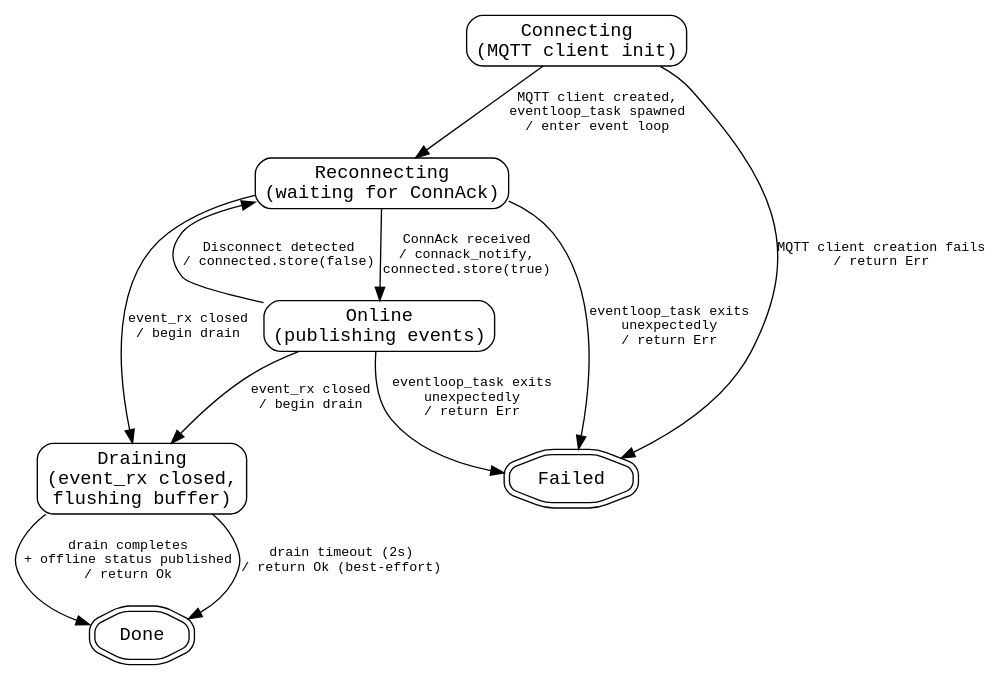
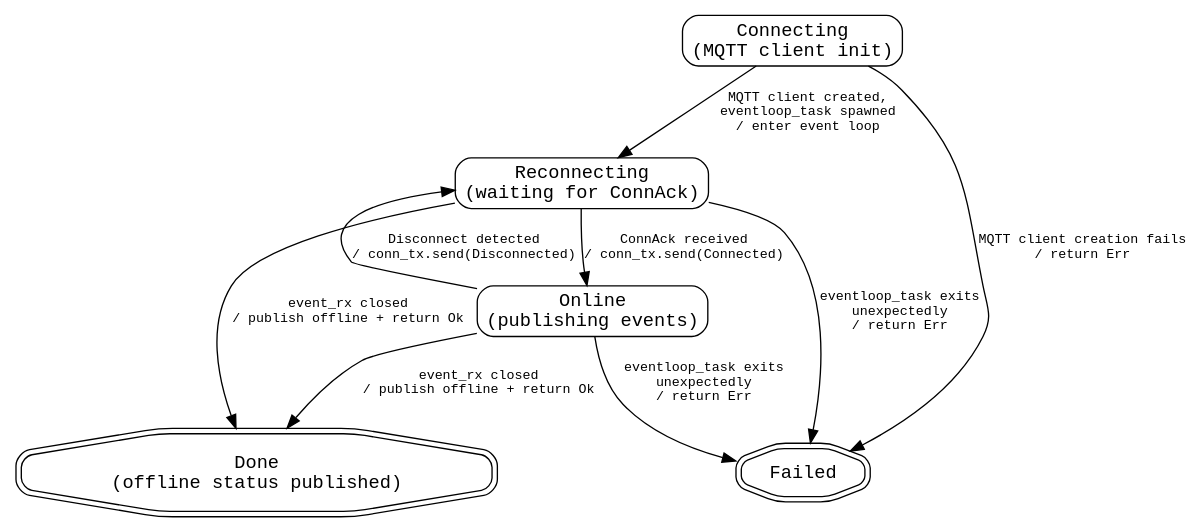
One commit to w-pinkietech/iotkit changed the first of 4 diagrams in docs/superpowers/specs/2026-03-29-phase1a-adapter-standalone-design.md. Above: the diagram before and after it, drawn with Graphviz. The commit also changed other lines of this file, not shown here.

First line of the commit message:
docs: fundamental simplification of Phase 1A spec — remove outbound buffer

````diff
--- a/docs/superpowers/specs/2026-03-29-phase1a-adapter-standalone-design.md
+++ b/docs/superpowers/specs/2026-03-29-phase1a-adapter-standalone-design.md
@@ -695,28 +720,26 @@
 ```dot
 digraph runner_states {
     rankdir=TB;
     node [shape=box, style=rounded, fontname="monospace"];
     edge [fontname="monospace", fontsize=10];
 
     Connecting [label="Connecting\n(MQTT client init)"];
     Reconnecting [label="Reconnecting\n(waiting for ConnAck)"];
     Online [label="Online\n(publishing events)"];
-    Draining [label="Draining\n(event_rx closed,\nflushing buffer)"];
     Done [label="Done", shape=doubleoctagon];
     Failed [label="Failed", shape=doubleoctagon];
 
     Connecting -> Reconnecting [label="MQTT client created,\neventloop_task spawned\n/ enter event loop"];
     Connecting -> Failed [label="MQTT client creation fails\n/ return Err"];
 
-    Reconnecting -> Online [label="ConnAck received\n/ connack_notify,\nconnected.store(true)"];
-    Reconnecting -> Draining [label="event_rx closed\n/ begin drain"];
+    Reconnecting -> Online [label="ConnAck received\n/ conn_tx.send(Connected)"];
+    Reconnecting -> Done [label="event_rx closed\n/ publish offline + return Ok"];
     Reconnecting -> Failed [label="eventloop_task exits\nunexpectedly\n/ return Err"];
 
-    Online -> Reconnecting [label="Disconnect detected\n/ connected.store(false)"];
-    Online -> Draining [label="event_rx closed\n/ begin drain"];
+    Online -> Reconnecting [label="Disconnect detected\n/ conn_tx.send(Disconnected)"];
+    Online -> Done [label="event_rx closed\n/ publish offline + return Ok"];
     Online -> Failed [label="eventloop_task exits\nunexpectedly\n/ return Err"];
 
-    Draining -> Done [label="drain completes\n+ offline status published\n/ return Ok"];
-    Draining -> Done [label="drain timeout (2s)\n/ return Ok (best-effort)"];
+    Done [label="Done\n(offline status published)", shape=doubleoctagon];
 }
 ```
````
